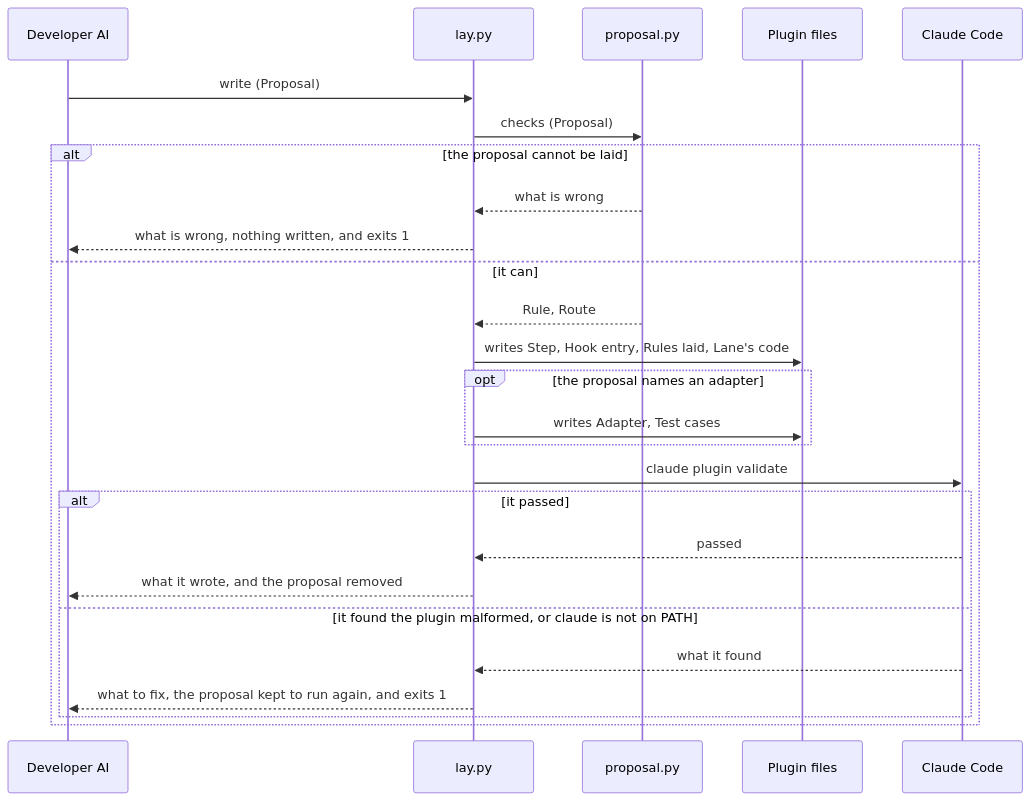
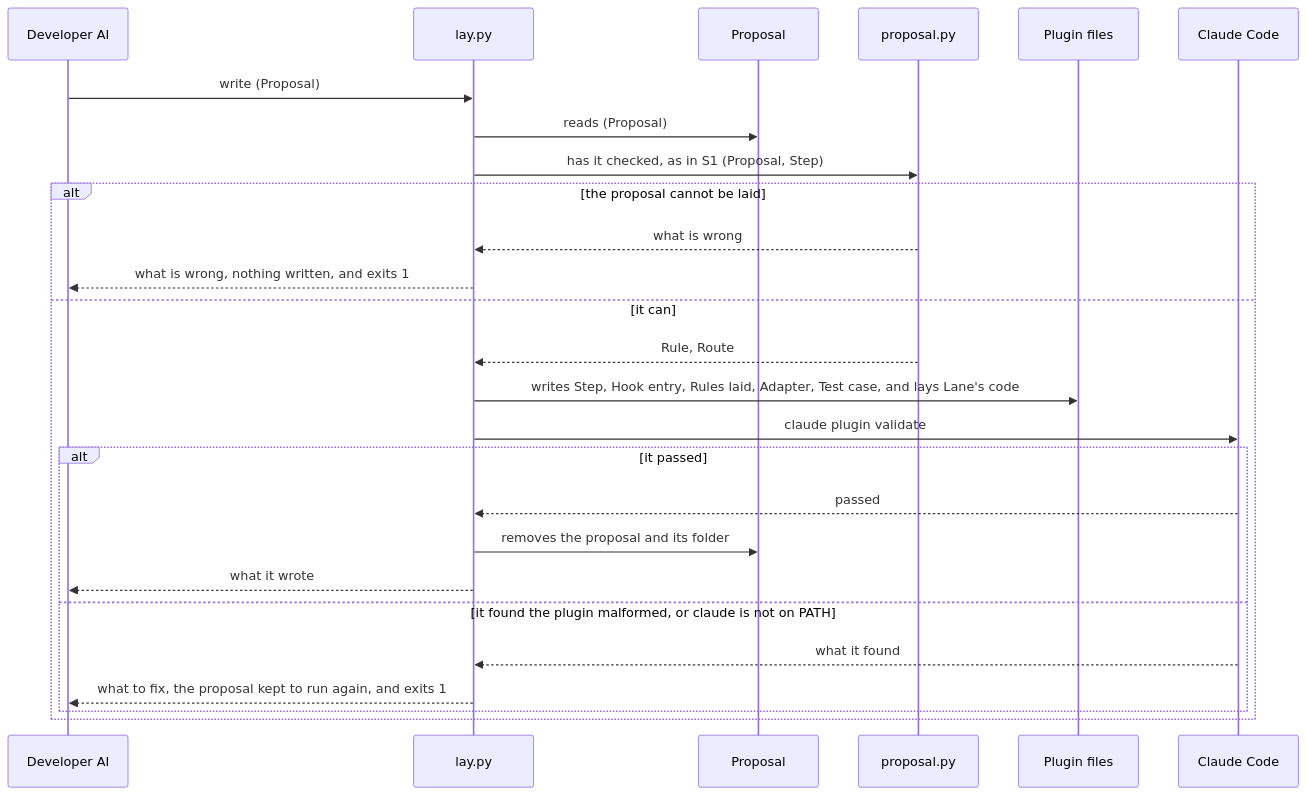
One commit to lovaizu/ccpm changed the second of 7 diagrams in dev/lane/architecture.md. Above: the diagram before and after it, drawn with Mermaid. The commit also changed other lines of this file and 5 other files, not shown here.

````diff
--- a/dev/lane/architecture.md
+++ b/dev/lane/architecture.md
@@ -216,28 +268,28 @@
 ```mermaid
 sequenceDiagram
   participant DA as Developer AI
   participant L as lay.py
+  participant PS as Proposal
   participant P as proposal.py
   participant PF as Plugin files
   participant CC as Claude Code
   DA->>L: write (Proposal)
-  L->>P: checks (Proposal)
+  L->>PS: reads (Proposal)
+  L->>P: has it checked, as in S1 (Proposal, Step)
   alt the proposal cannot be laid
     P-->>L: what is wrong
     L-->>DA: what is wrong, nothing written, and exits 1
   else it can
     P-->>L: Rule, Route
-    L->>PF: writes Step, Hook entry, Rules laid, Lane's code
-    opt the proposal names an adapter
-      L->>PF: writes Adapter, Test cases
-    end
+    L->>PF: writes Step, Hook entry, Rules laid, Adapter, Test case, and lays Lane's code
     L->>CC: claude plugin validate
     alt it passed
       CC-->>L: passed
-      L-->>DA: what it wrote, and the proposal removed
+      L->>PS: removes the proposal and its folder
+      L-->>DA: what it wrote
     else it found the plugin malformed, or claude is not on PATH
       CC-->>L: what it found
       L-->>DA: what to fix, the proposal kept to run again, and exits 1
     end
   end
 ```
````
